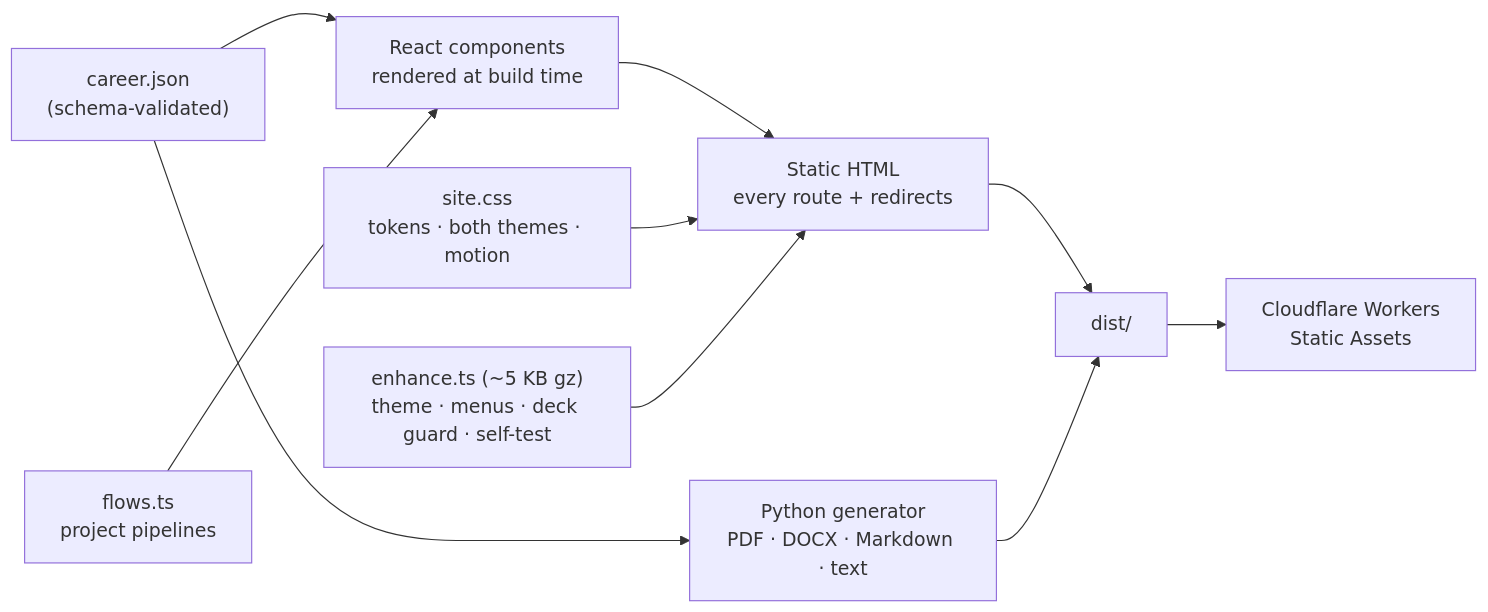
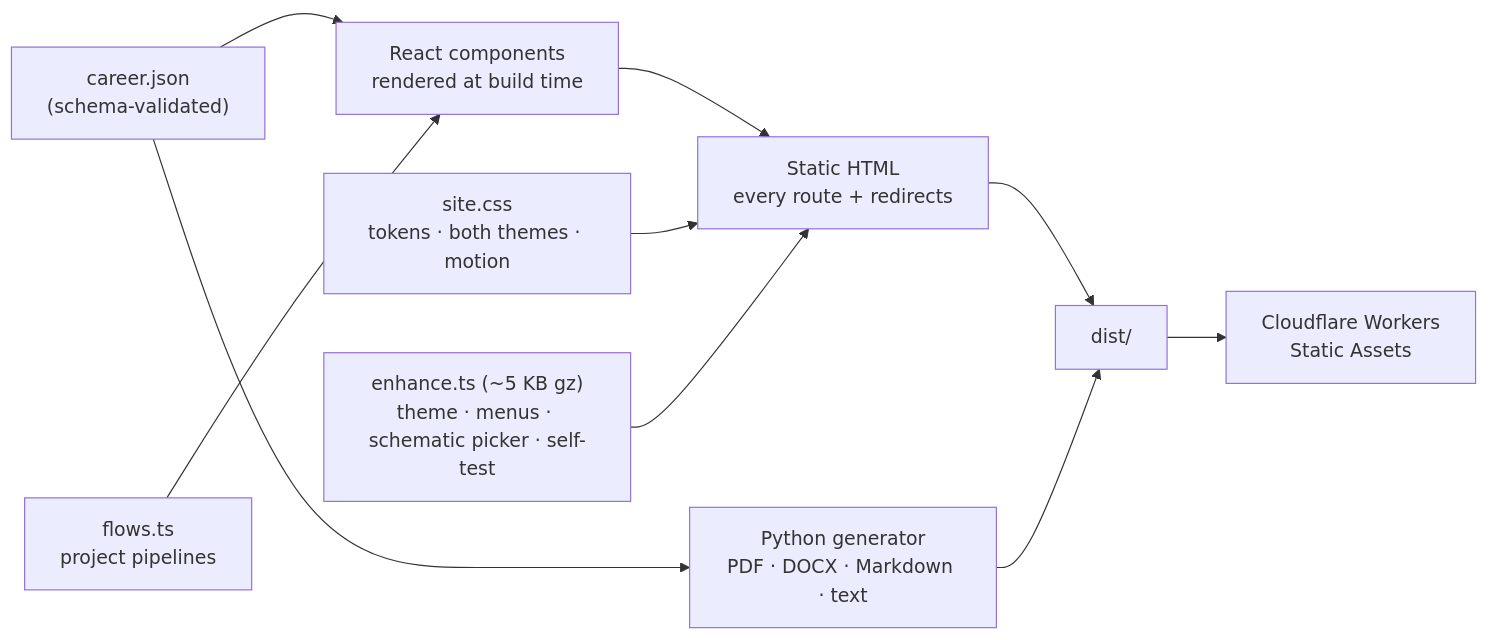
Before and after one commit to mohamedmoheyeldin/portfolio: the first of 2 diagrams in README.md, drawn with Mermaid. The commit also changed other lines of this file and 21 other files, not shown here.

First line of the commit message:
Redesign the site as a signal: a running system schematic, figure tiles and a scale bar

````diff
--- a/README.md
+++ b/README.md
@@ -21,12 +21,12 @@
 ```mermaid
 flowchart LR
   Career["career.json<br/>(schema-validated)"] --> Render["React components<br/>rendered at build time"]
   Flows["flows.ts<br/>project pipelines"] --> Render
   Render --> HTML["Static HTML<br/>every route + redirects"]
   CSS["site.css<br/>tokens · both themes · motion"] --> HTML
-  Enhance["enhance.ts (~5 KB gz)<br/>theme · menus · deck guard · self-test"] --> HTML
+  Enhance["enhance.ts (~5 KB gz)<br/>theme · menus · schematic picker · self-test"] --> HTML
   Career --> Resumes["Python generator<br/>PDF · DOCX · Markdown · text"]
   HTML --> Dist["dist/"]
   Resumes --> Dist
   Dist --> CF["Cloudflare Workers<br/>Static Assets"]
 ```
````
